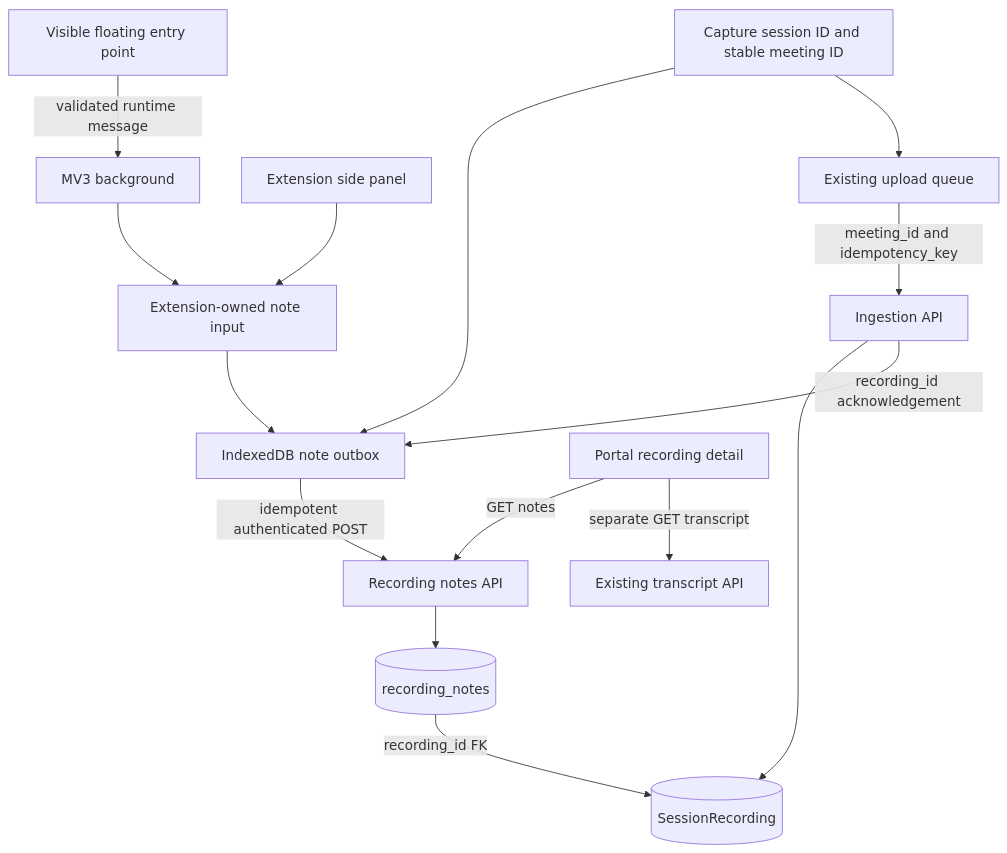
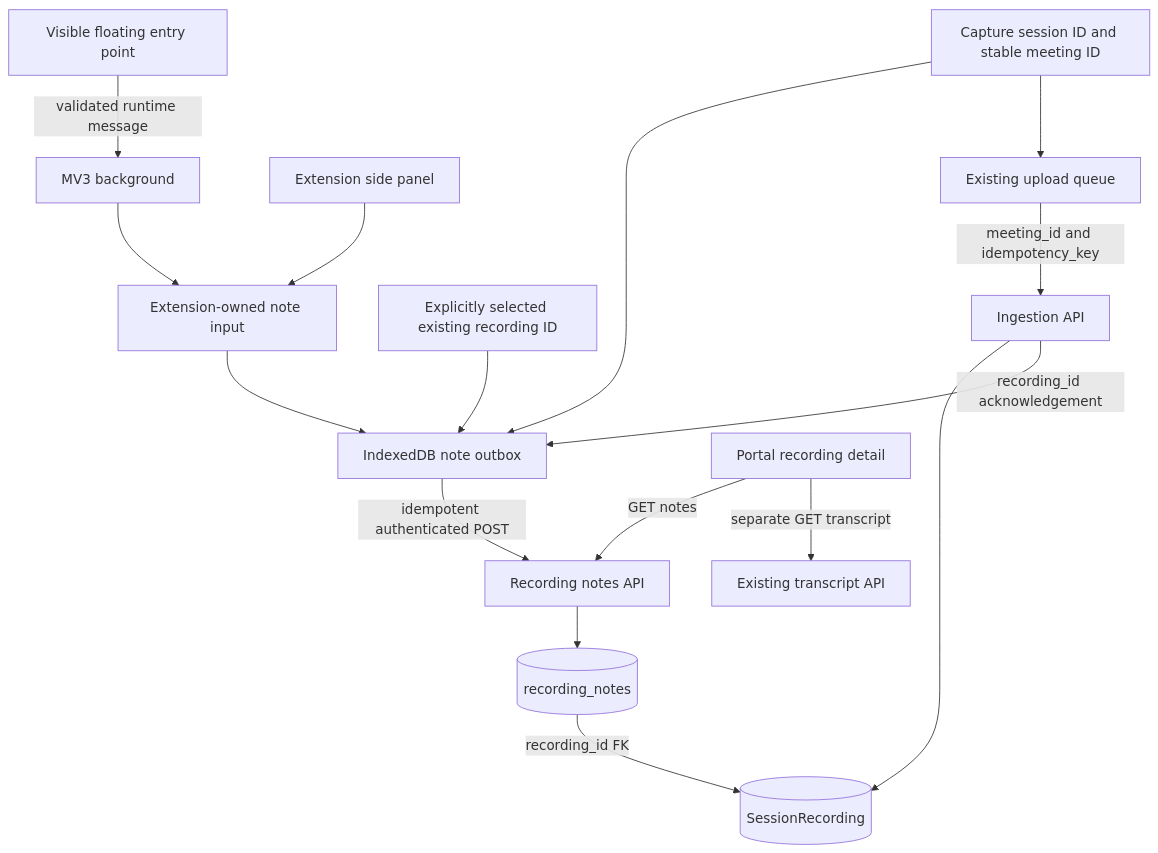
One commit to lufermalgo/sauri changed the first of 2 diagrams in .spectra/specs/recording-notes/design.md. Above: the diagram before and after it, drawn with Mermaid. The commit also changed other lines of this file, not shown here.

Commit message:
docs: resolve recording-notes design audit blockers

````diff
--- a/.spectra/specs/recording-notes/design.md
+++ b/.spectra/specs/recording-notes/design.md
@@ -32,17 +32,18 @@
 ```mermaid
 graph TD
     FP[Visible floating entry point] -->|validated runtime message| BG[MV3 background]
     SP[Extension side panel] --> NI[Extension-owned note input]
     BG --> NI
     NI --> O[IndexedDB note outbox]
     CAP[Capture session ID and stable meeting ID] --> O
+    SEL[Explicitly selected existing recording ID] --> O
     CAP --> UP[Existing upload queue]
     UP -->|meeting_id and idempotency_key| ING[Ingestion API]
     ING --> SR[(SessionRecording)]
     ING -->|recording_id acknowledgement| O
     O -->|idempotent authenticated POST| API[Recording notes API]
     API --> RN[(recording_notes)]
     RN -->|recording_id FK| SR
     PORTAL[Portal recording detail] -->|GET notes| API
     PORTAL -->|separate GET transcript| TR[Existing transcript API]
 ```
````
